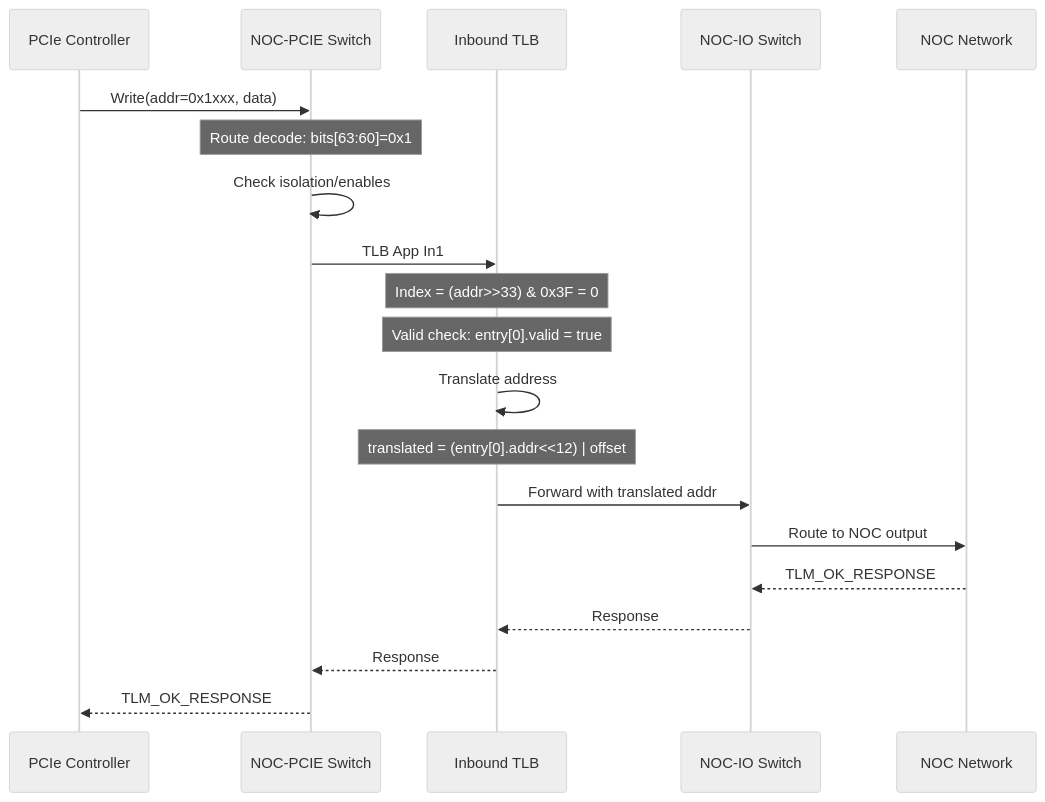
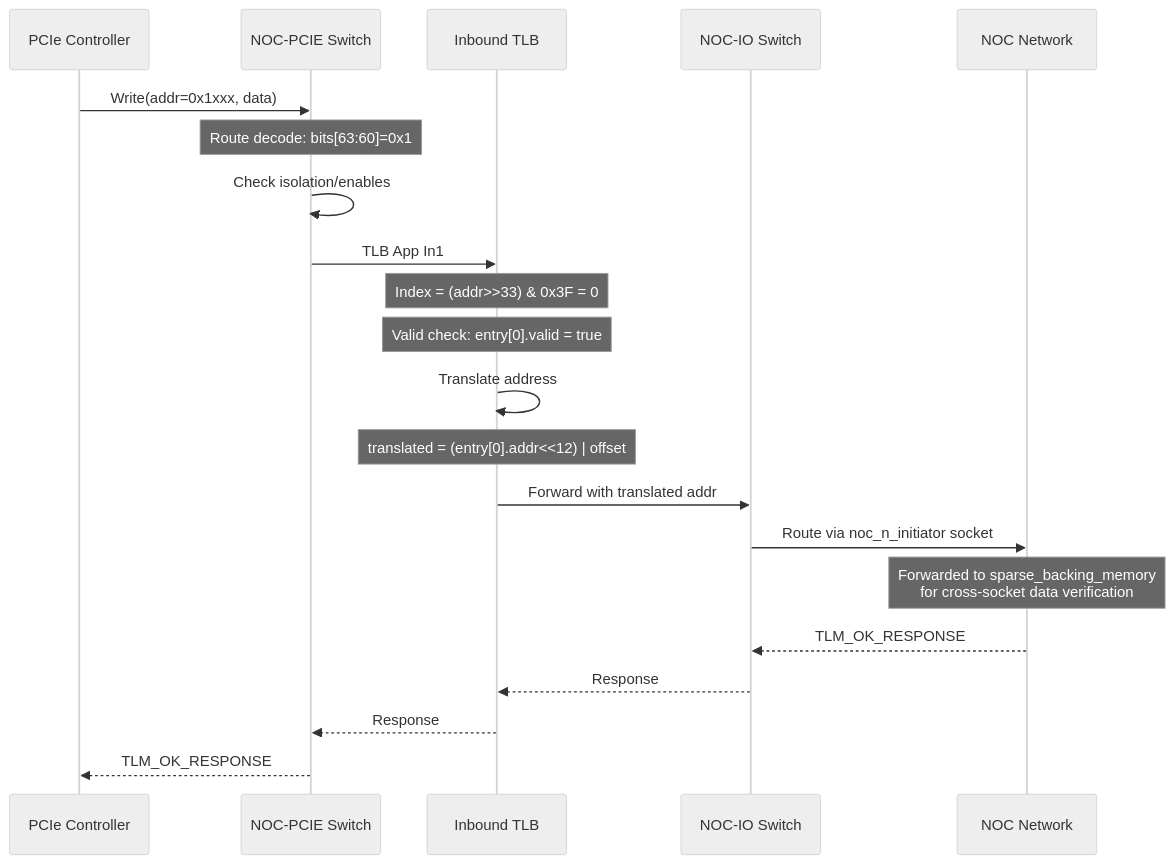
One commit to pdroyTT/Keraunos_PCIe_TILE changed diagram 14 of 27 in docs_source/hld.md. Above: the diagram before and after it, drawn with Mermaid (neutral theme). The commit also changed other lines of this file and 744 other files, not shown here.

````diff
--- a/docs_source/hld.md
+++ b/docs_source/hld.md
@@ -1251,23 +1248,24 @@
 ```{mermaid}
 sequenceDiagram
     participant PC as PCIe Controller
     participant NPS as NOC-PCIE Switch
     participant TLB as Inbound TLB
     participant NIS as NOC-IO Switch
     participant NOC as NOC Network
     
     PC->>NPS: Write(addr=0x1xxx, data)
     Note over NPS: Route decode: bits[63:60]=0x1
     NPS->>NPS: Check isolation/enables
     NPS->>TLB: TLB App In1
     Note over TLB: Index = (addr>>33) & 0x3F = 0
     Note over TLB: Valid check: entry[0].valid = true
     TLB->>TLB: Translate address
     Note over TLB: translated = (entry[0].addr<<12) | offset
     TLB->>NIS: Forward with translated addr
-    NIS->>NOC: Route to NOC output
+    NIS->>NOC: Route via noc_n_initiator socket
+    Note over NOC: Forwarded to sparse_backing_memory<br/>for cross-socket data verification
     NOC-->>NIS: TLM_OK_RESPONSE
     NIS-->>TLB: Response
     TLB-->>NPS: Response
     NPS-->>PC: TLM_OK_RESPONSE
 ```
````
